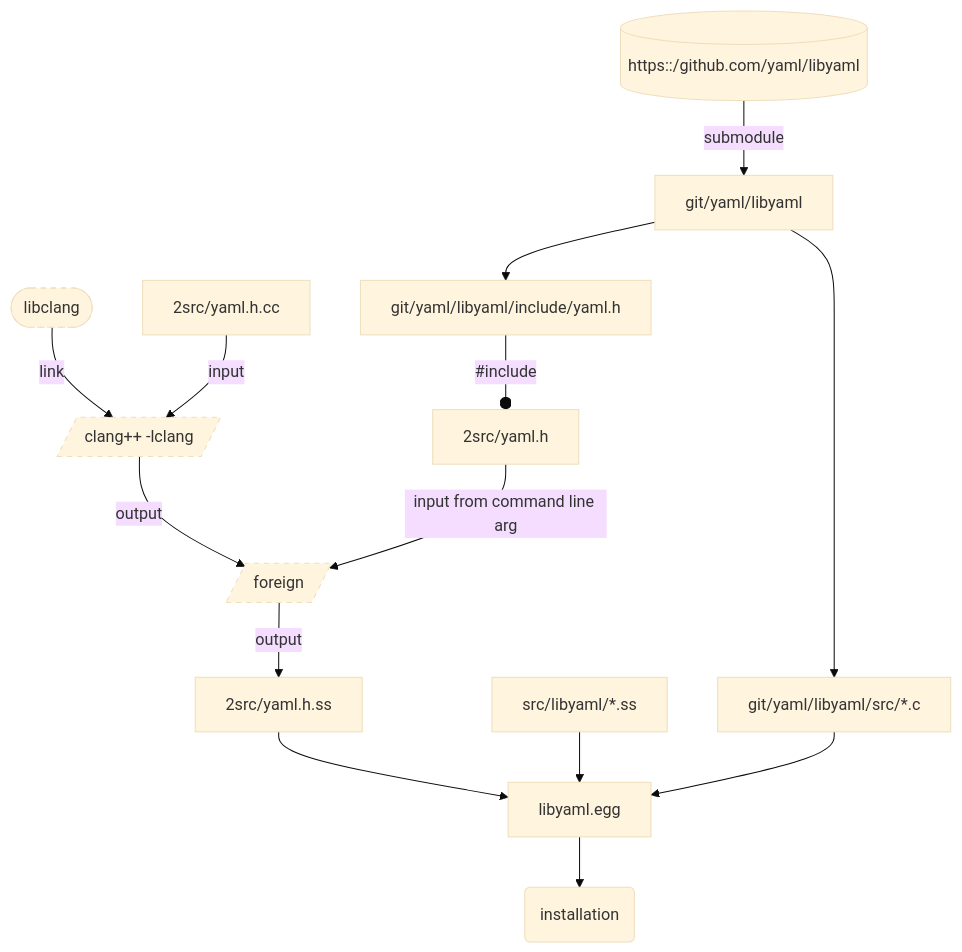
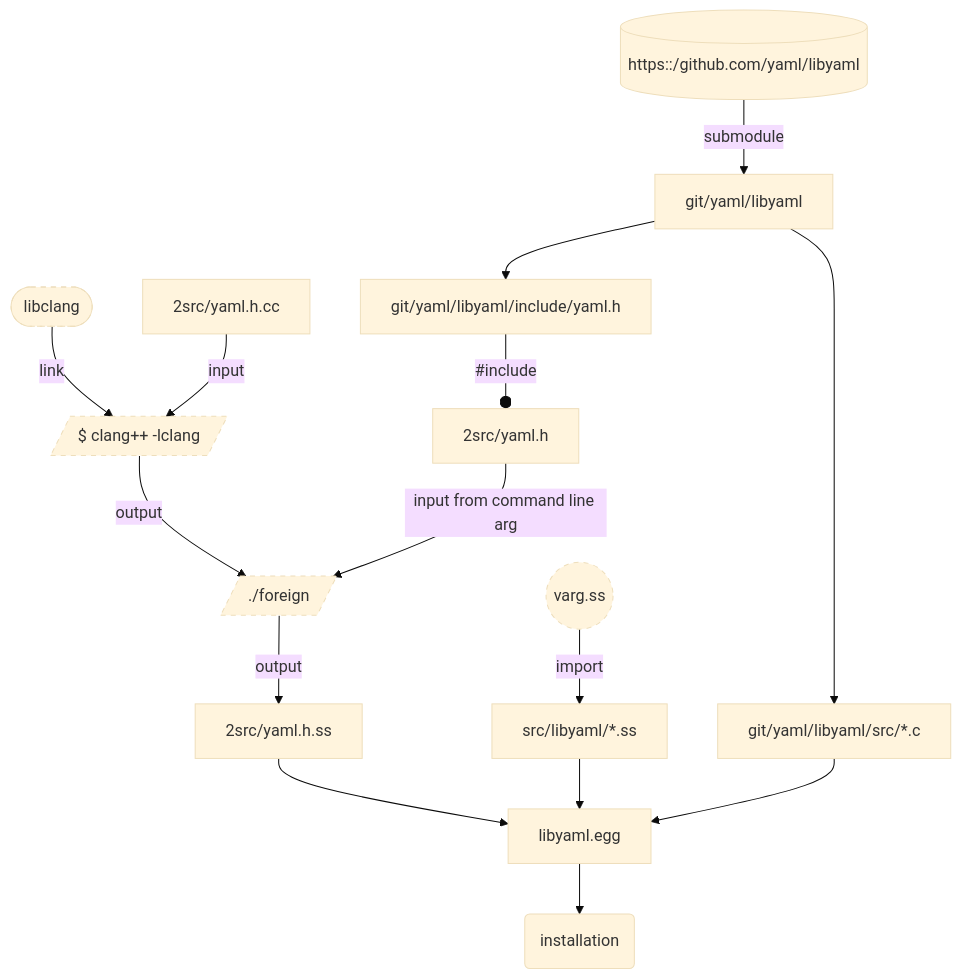
The diagram in docs/dev.md (riku-ri/libyaml.ss), drawn with Mermaid (base theme) before and after one commit.

````diff
--- a/docs/dev.md
+++ b/docs/dev.md
@@ -5,35 +5,37 @@
 ```mermaid
 flowchart
 
 yaml/libyaml[(https::/github.com/yaml/libyaml)]
 --submodule--> git/yaml/libyaml --> git/yaml/libyaml/src/*.c
 
 libclang([libclang])
 --link--> clang++[/clang++ -lclang/]
 style libclang stroke-dasharray: 5 5
 2src/yaml.h.cc
 --input--> clang++[/clang++ -lclang/]
 style clang++ stroke-dasharray: 5 5
-clang++[/clang++ -lclang/]
--- output --> foreign[/foreign/]
+clang++[/$ clang++ -lclang/]
+-- output --> foreign[/./foreign/]
 style foreign stroke-dasharray: 5 5
 
 git/yaml/libyaml
 --> git/yaml/libyaml/include/yaml.h
 --#include--o 2src/yaml.h
 --input from command line arg-->foreign
 
 foreign
 -- output --> 2src/yaml.h.ss
 
 2src/yaml.h.ss
 --> libyaml.egg
-src/libyaml/*.ss
+style varg.ss stroke-dasharray: 5 5
+varg.ss((varg.ss))
+--import--> src/libyaml/*.ss
 --> libyaml.egg
 git/yaml/libyaml/src/*.c
 --> libyaml.egg
 
 END(installation)
 libyaml.egg
 --> END
 ```
````
